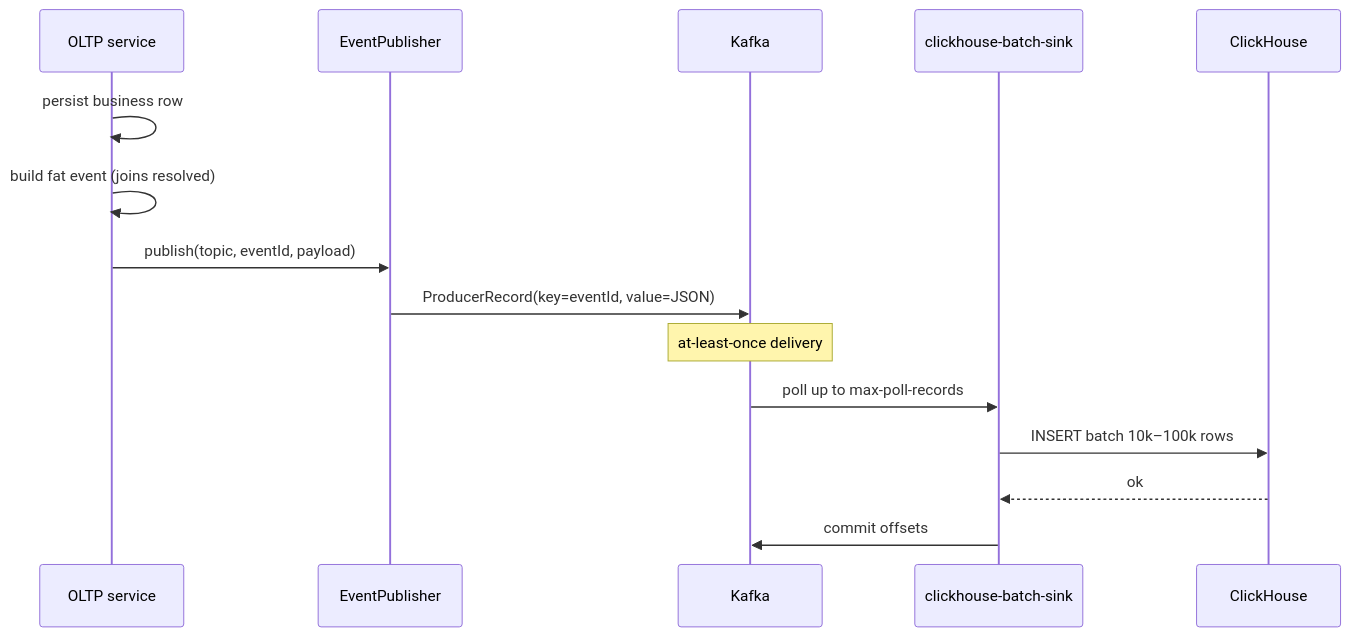
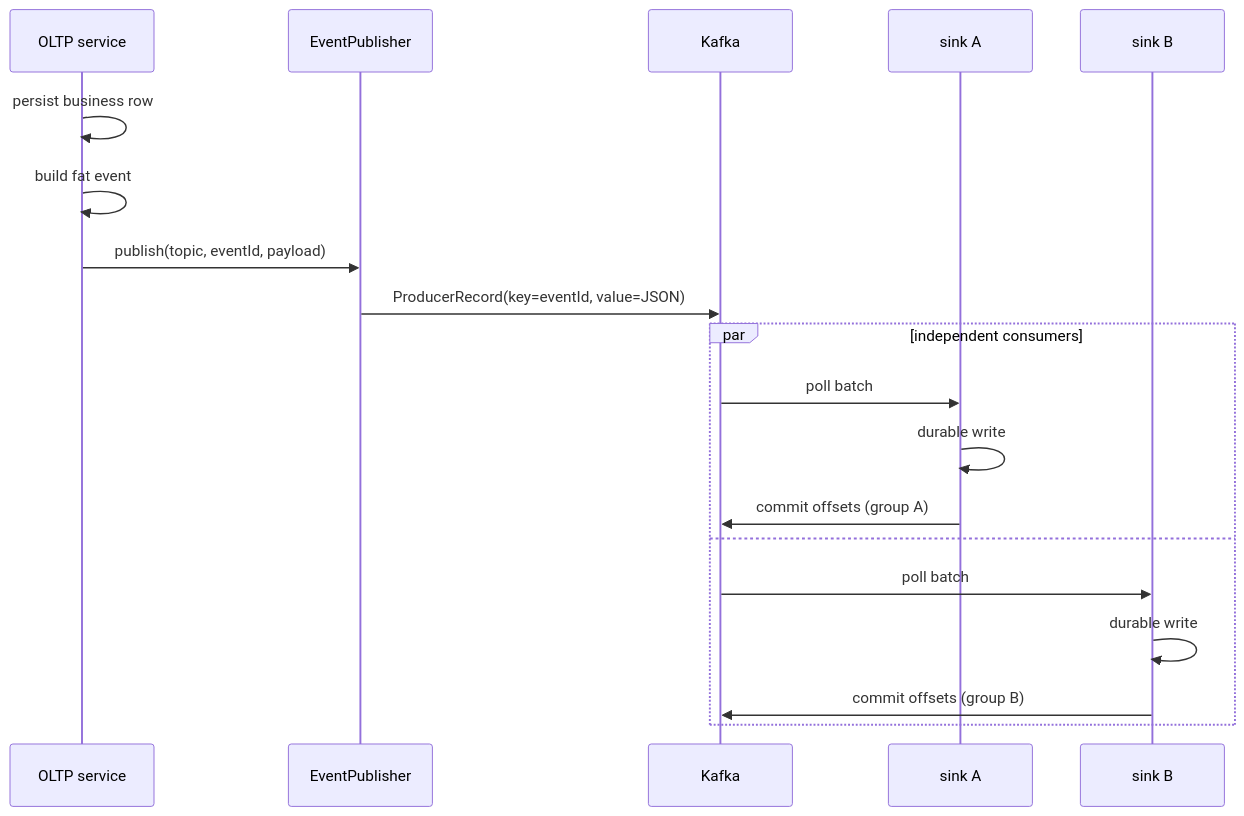
The second of 3 diagrams in docs/hld.md (AnaSyLabs/AnaSy), drawn with Mermaid before and after one commit. The commit also changed other lines of this file and 8 other files, not shown here.

First line of the commit message:
Refine ANASy documentation and architecture details

````diff
--- a/docs/hld.md
+++ b/docs/hld.md
@@ -54,18 +56,22 @@
 ```mermaid
 sequenceDiagram
   participant S as OLTP service
   participant P as EventPublisher
   participant K as Kafka
-  participant C as clickhouse-batch-sink
-  participant CH as ClickHouse
+  participant A as sink A
+  participant B as sink B
 
   S->>S: persist business row
-  S->>S: build fat event (joins resolved)
+  S->>S: build fat event
   S->>P: publish(topic, eventId, payload)
   P->>K: ProducerRecord(key=eventId, value=JSON)
-  Note over K: at-least-once delivery
-  K->>C: poll up to max-poll-records
-  C->>CH: INSERT batch 10k–100k rows
-  CH-->>C: ok
-  C->>K: commit offsets
+  par independent consumers
+    K->>A: poll batch
+    A->>A: durable write
+    A->>K: commit offsets (group A)
+  and
+    K->>B: poll batch
+    B->>B: durable write
+    B->>K: commit offsets (group B)
+  end
 ```
````
